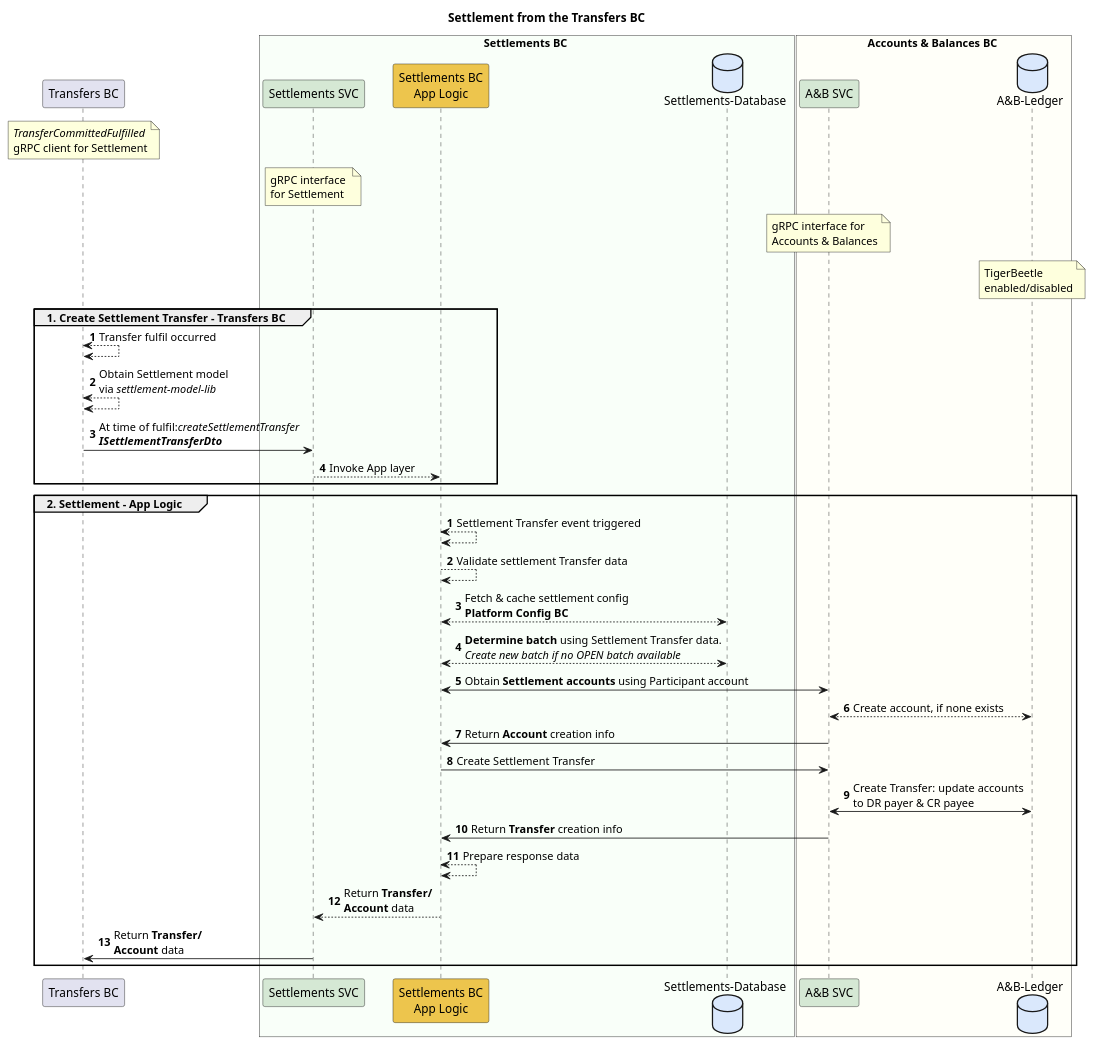
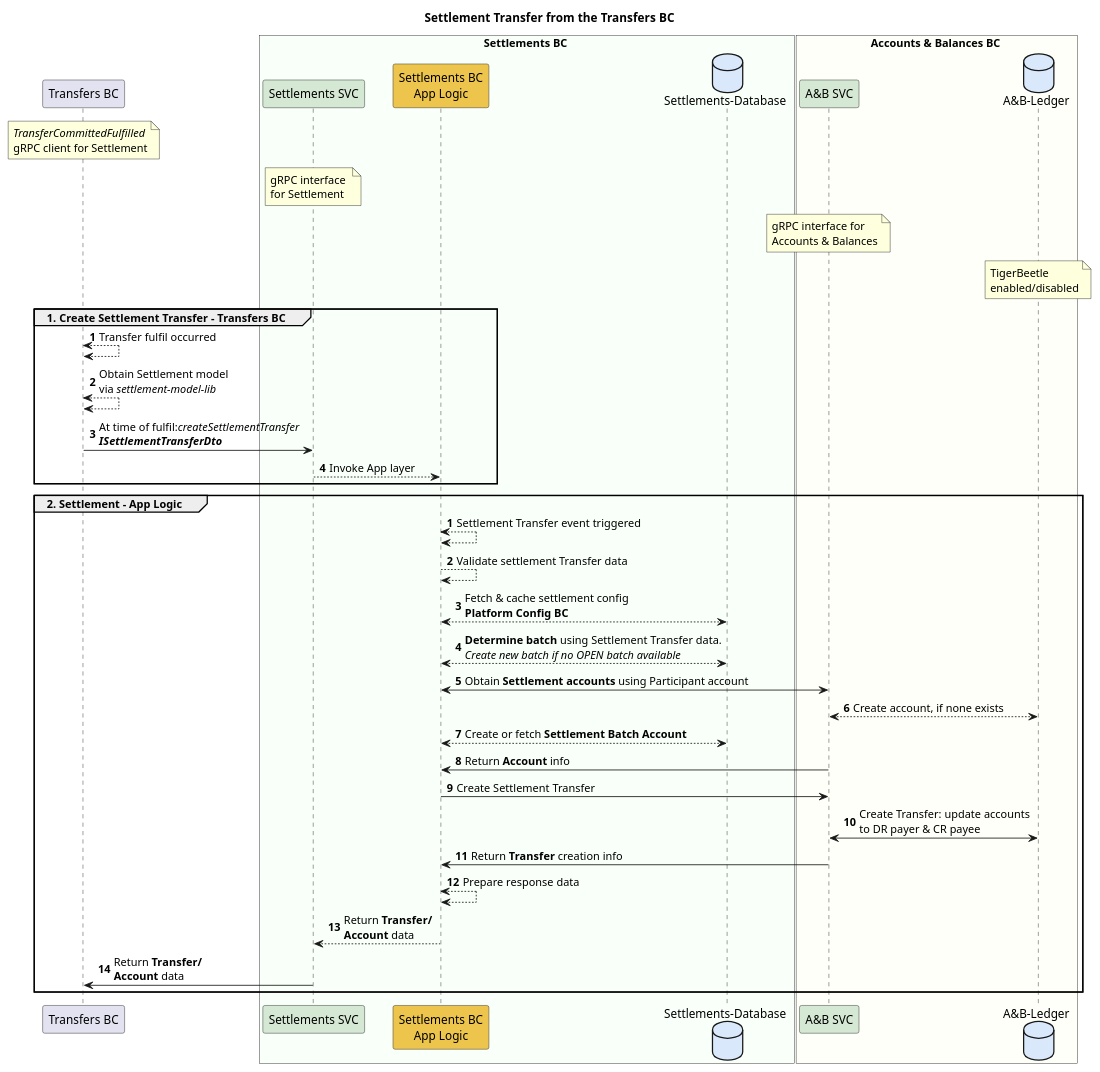
The diagram in docs/flows/01-settlement-transfer-bc.puml (mojaloop/settlements-bc), drawn with PlantUML before and after one commit. The commit also changed 8 other files, not shown here.

```diff
--- a/docs/flows/01-settlement-transfer-bc.puml
+++ b/docs/flows/01-settlement-transfer-bc.puml
@@ -1,59 +1,60 @@
 @startuml
 
-title Settlement from the Transfers BC
+title Settlement Transfer from the Transfers BC
 
 participant "Transfers BC" as ext_transfers_bc
 note over ext_transfers_bc
     //TransferCommittedFulfilled//
     gRPC client for Settlement
 end note
 
 box Settlements BC #F9FFF9
 	participant "Settlements SVC" as sbc_grpc #D5E8D4
     note over sbc_grpc
         gRPC interface 
         for Settlement
     end note
 	participant "Settlements BC\nApp Logic" as sbc_app_logic #EDC54D
 	database "Settlements-Database" as sbc_db #DAE8FC
 end box
 
 box Accounts & Balances BC #FFFFF9
     participant "A&B SVC" as abbc_grpc #D5E8D4
     database "A&B-Ledger" as abbc_tigerbeetle #DAE8FC
     note over abbc_grpc
         gRPC interface for 
         Accounts & Balances
     end note
     note over abbc_tigerbeetle
         TigerBeetle 
         enabled/disabled
     end note
 end box
 
 group 1. Create Settlement Transfer - Transfers BC
 autonumber
     ext_transfers_bc <--> ext_transfers_bc : Transfer fulfil occurred
     ext_transfers_bc <--> ext_transfers_bc : Obtain Settlement model\nvia //settlement-model-lib//
     ext_transfers_bc -> sbc_grpc : At time of fulfil://createSettlementTransfer//\n**//ISettlementTransferDto//**
     sbc_grpc --> sbc_app_logic : Invoke App layer
 end
 
 group 2. Settlement - App Logic
 autonumber
     sbc_app_logic <--> sbc_app_logic: Settlement Transfer event triggered
     sbc_app_logic --> sbc_app_logic : Validate settlement Transfer data
     sbc_app_logic <--> sbc_db : Fetch & cache settlement config\n**Platform Config BC**
     sbc_app_logic <--> sbc_db : **Determine batch** using Settlement Transfer data.\n//Create new batch if no OPEN batch available//
     sbc_app_logic <-> abbc_grpc : Obtain **Settlement accounts** using Participant account
     abbc_grpc <--> abbc_tigerbeetle : Create account, if none exists
-    abbc_grpc -> sbc_app_logic : Return **Account** creation info
+    sbc_app_logic <--> sbc_db : Create or fetch **Settlement Batch Account** 
+    abbc_grpc -> sbc_app_logic : Return **Account** info
     sbc_app_logic -> abbc_grpc: Create Settlement Transfer
     abbc_grpc <-> abbc_tigerbeetle: Create Transfer: update accounts \nto DR payer & CR payee
     abbc_grpc -> sbc_app_logic : Return **Transfer** creation info
     sbc_app_logic <--> sbc_app_logic: Prepare response data
     sbc_app_logic --> sbc_grpc: Return **Transfer/** \n**Account** data
     sbc_grpc -> ext_transfers_bc: Return **Transfer/** \n**Account** data
 end
 
 @enduml
```
